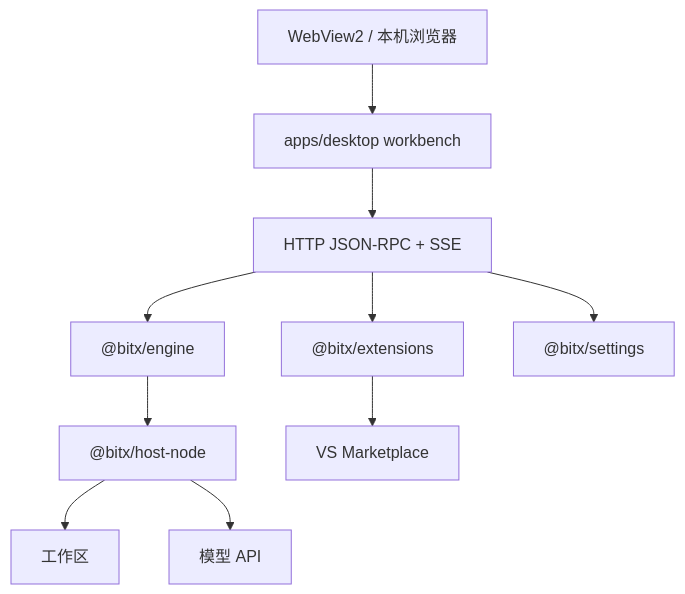
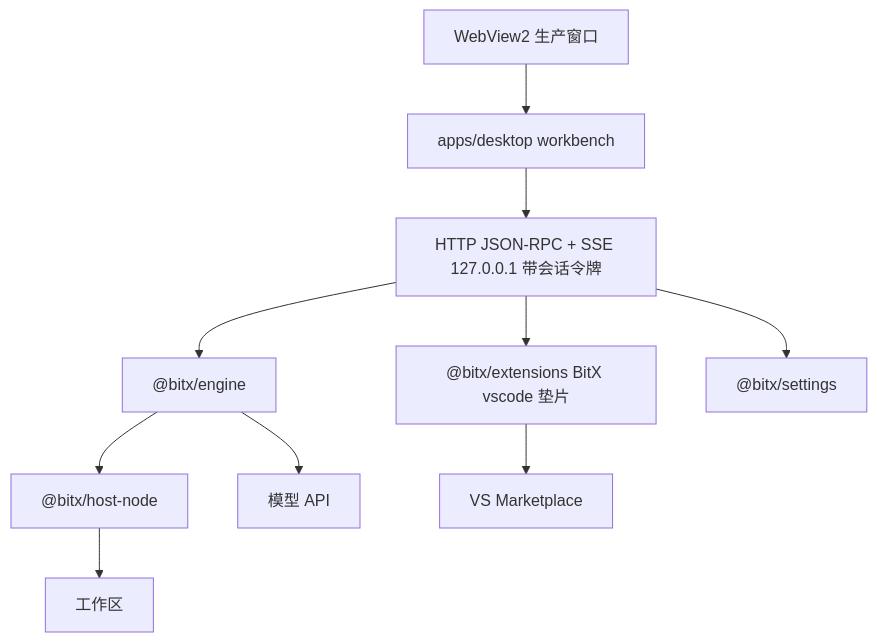
Before and after one commit to usabulusijock-create/bitx: the diagram in docs/02-ARCHITECTURE.md, drawn with Mermaid. The commit also changed other lines of this file and 13 other files, not shown here.

````diff
--- a/docs/02-ARCHITECTURE.md
+++ b/docs/02-ARCHITECTURE.md
@@ -3,18 +3,19 @@
 ```mermaid
 flowchart TB
-  WV[WebView2 / 本机浏览器]
+  WV[WebView2 生产窗口]
   WB[apps/desktop workbench]
-  RPC[HTTP JSON-RPC + SSE]
+  RPC["HTTP JSON-RPC + SSE 127.0.0.1 带会话令牌"]
   ORCH["@bitx/engine"]
   HOST["@bitx/host-node"]
-  EXT["@bitx/extensions"]
+  EXT["@bitx/extensions BitX vscode 垫片"]
   SET["@bitx/settings"]
   GAL[VS Marketplace]
   LLM[模型 API]
   WS[工作区]
   WV --> WB --> RPC
-  RPC --> ORCH --> HOST --> WS
+  RPC --> ORCH
+  ORCH --> HOST --> WS
+  ORCH --> LLM
   RPC --> EXT --> GAL
-  HOST --> LLM
   RPC --> SET
 ```
````
